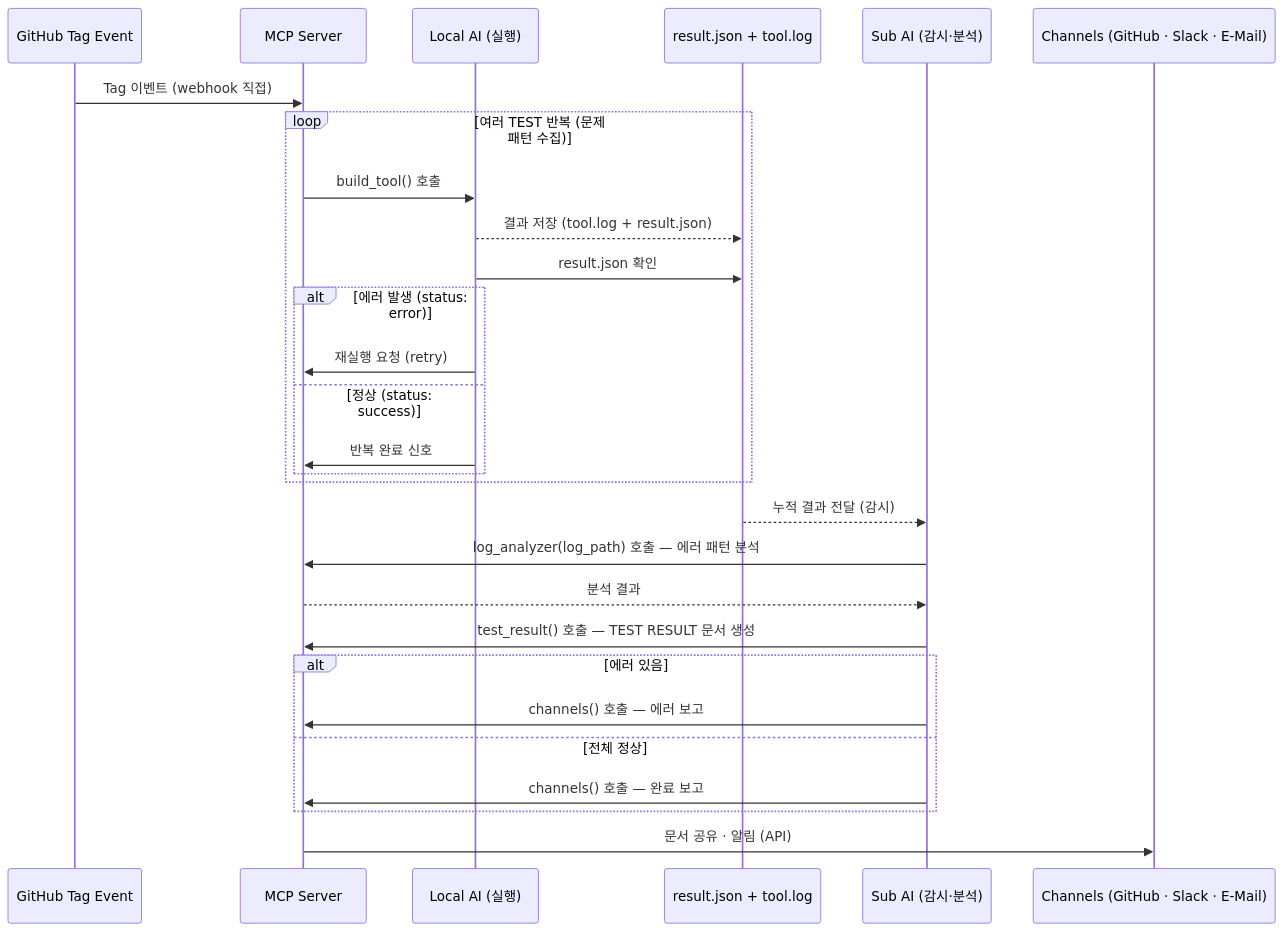
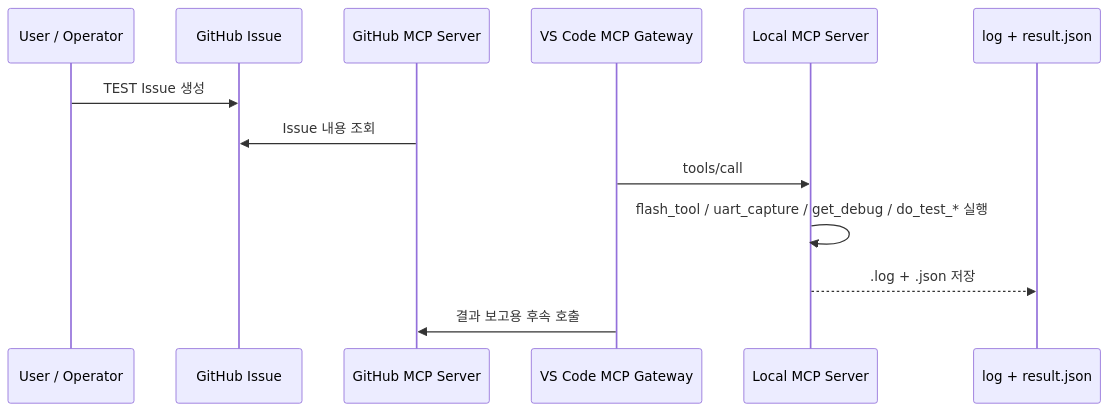
The diagram in docs/mcp/mcp_server_local.md (JeonghunLee/local-ai-agent-mcp), drawn with Mermaid before and after one commit. The commit also changed other lines of this file and 1 other file, not shown here.

````diff
--- a/docs/mcp/mcp_server_local.md
+++ b/docs/mcp/mcp_server_local.md
@@ -168,31 +118,16 @@
 ```mermaid
 sequenceDiagram
-    participant GH as GitHub Tag Event
-    participant M as MCP Server
-    participant OL as Local AI (실행)
-    participant J as result.json + tool.log
-    participant CX as Sub AI (감시·분석)
-    participant CH as Channels (GitHub · Slack · E-Mail)
+    participant U as User / Operator
+    participant GH as GitHub Issue
+    participant GM as GitHub MCP Server
+    participant VG as VS Code MCP Gateway
+    participant LM as Local MCP Server
+    participant J as log + result.json
 
-    GH->>M: Tag 이벤트 (webhook 직접)
-    loop 여러 TEST 반복 (문제 패턴 수집)
-        M->>OL: build_tool() 호출
-        OL-->>J: 결과 저장 (tool.log + result.json)
-        OL->>J: result.json 확인
-        alt 에러 발생 (status: error)
-            OL->>M: 재실행 요청 (retry)
-        else 정상 (status: success)
-            OL->>M: 반복 완료 신호
-        end
-    end
-    J-->>CX: 누적 결과 전달 (감시)
-    CX->>M: log_analyzer(log_path) 호출 — 에러 패턴 분석
-    M-->>CX: 분석 결과
-    CX->>M: test_result() 호출 — TEST RESULT 문서 생성
-    alt 에러 있음
-        CX->>M: channels() 호출 — 에러 보고
-    else 전체 정상
-        CX->>M: channels() 호출 — 완료 보고
-    end
-    M->>CH: 문서 공유 · 알림 (API)
+    U->>GH: TEST Issue 생성
+    GM->>GH: Issue 내용 조회
+    VG->>LM: tools/call
+    LM->>LM: flash_tool / uart_capture / get_debug / do_test_* 실행
+    LM-->>J: .log + .json 저장
+    VG->>GM: 결과 보고용 후속 호출
 ```
````
